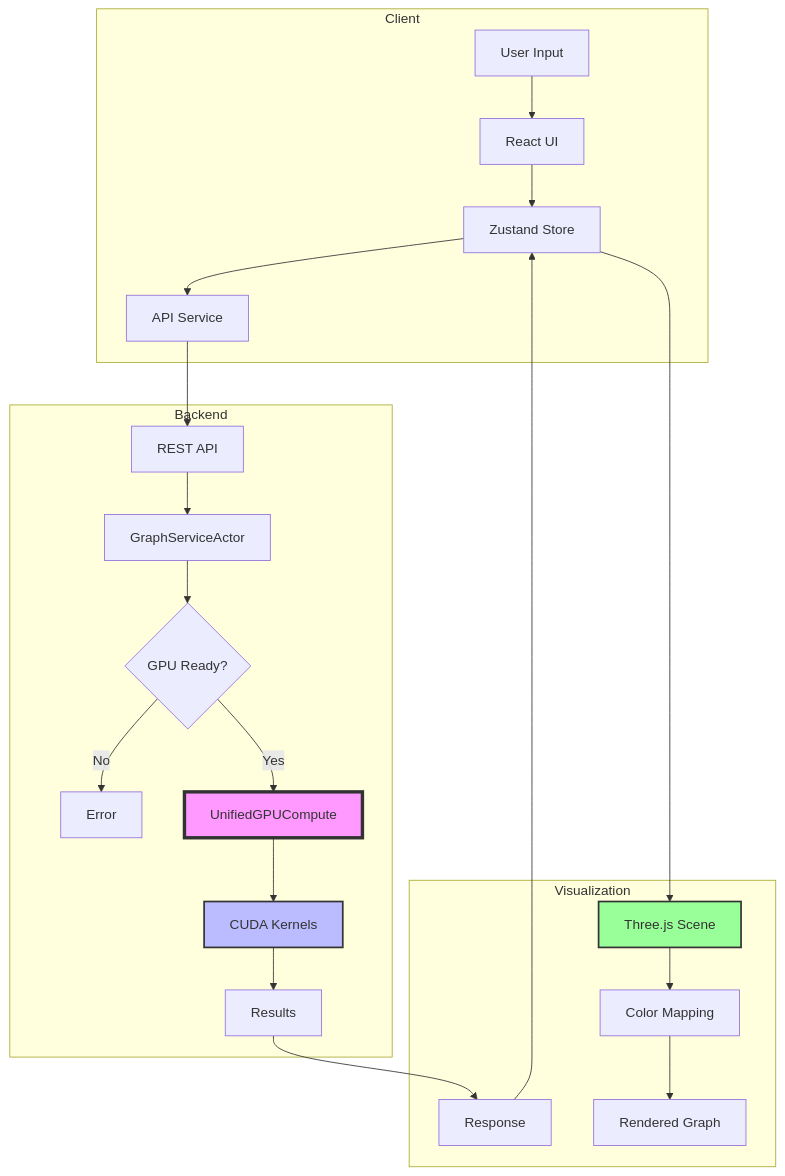
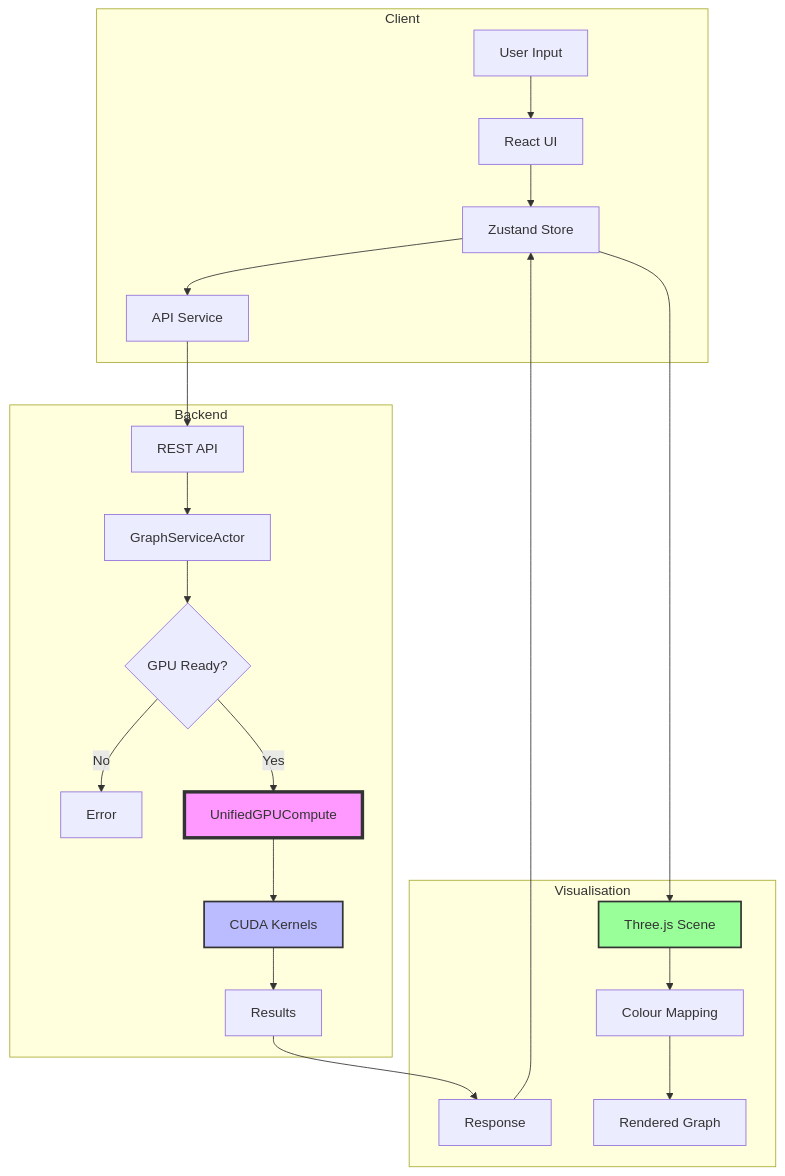
One commit to DreamLab-AI/VisionFlow changed the diagram in docs/new_cuda.md. Above: the diagram before and after it, drawn with Mermaid. The commit also changed other lines of this file and 215 other files, not shown here.

````diff
--- a/docs/new_cuda.md
+++ b/docs/new_cuda.md
@@ -1241,30 +1241,30 @@
 ```mermaid
 flowchart TD
     subgraph Client
         A[User Input] --> B[React UI]
         B --> C[Zustand Store]
         C --> D[API Service]
     end
     
     subgraph Backend
         D --> E[REST API]
         E --> F[GraphServiceActor]
         F --> G{GPU Ready?}
-        G -->|No| H[Error]
-        G -->|Yes| I[UnifiedGPUCompute]
+        G --> |No| H[Error]
+        G --> |Yes| I[UnifiedGPUCompute]
         I --> J[CUDA Kernels]
         J --> K[Results]
     end
     
-    subgraph Visualization
+    subgraph Visualisation
         K --> L[Response]
         L --> C
         C --> M[Three.js Scene]
-        M --> N[Color Mapping]
+        M --> N[Colour Mapping]
         N --> O[Rendered Graph]
     end
     
     style I fill:#f9f,stroke:#333,stroke-width:4px
     style J fill:#bbf,stroke:#333,stroke-width:2px
     style M fill:#9f9,stroke:#333,stroke-width:2px
 ```
````
